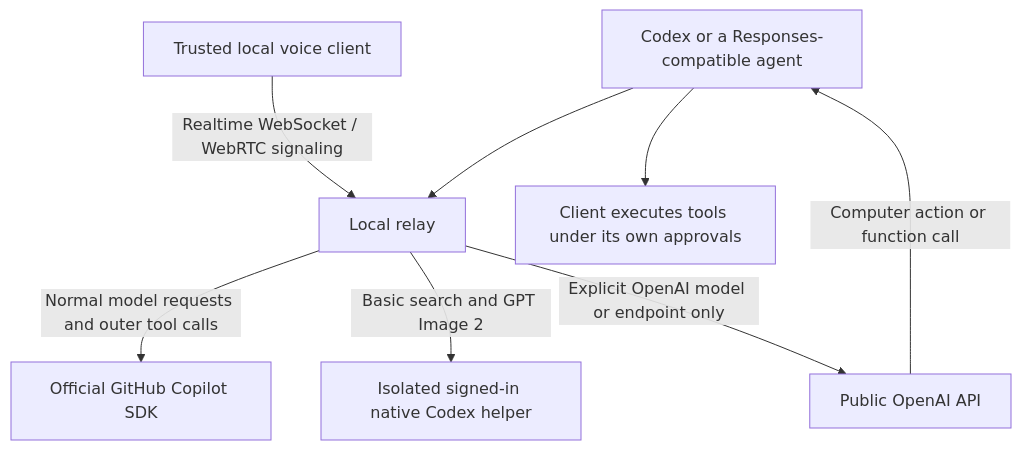
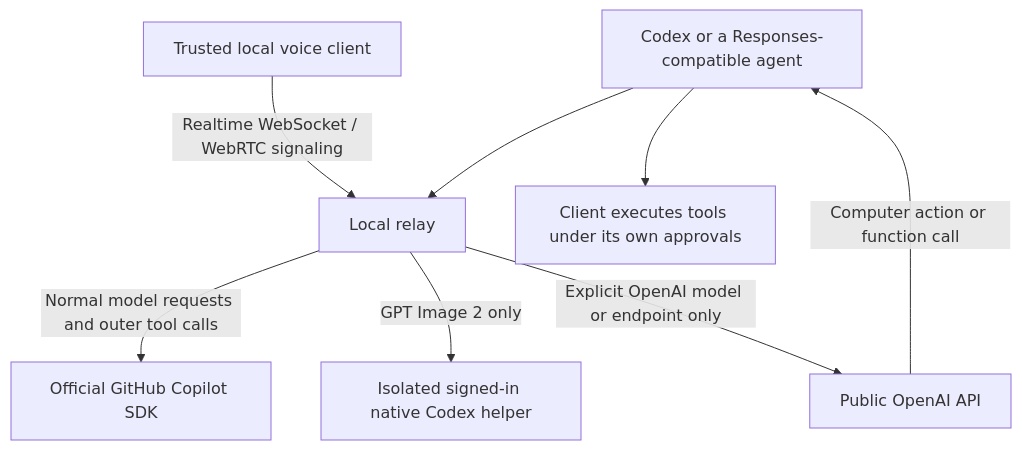
One commit to madhavsomani/codex-copilot-relay changed the diagram in docs/HYBRID-SETUP.md. Above: the diagram before and after it, drawn with Mermaid. The commit also changed other lines of this file and 32 other files, not shown here.

Commit message:
Fix bounded image history and ship images-only guided setup

````diff
--- a/docs/HYBRID-SETUP.md
+++ b/docs/HYBRID-SETUP.md
@@ -15,10 +15,10 @@
 ```mermaid
 flowchart TD
     Client[Codex or a Responses-compatible agent] --> Gateway[Local relay]
     Gateway -->|Normal model requests and outer tool calls| Copilot[Official GitHub Copilot SDK]
-    Gateway -->|Basic search and GPT Image 2| Helper[Isolated signed-in native Codex helper]
+    Gateway -->|GPT Image 2 only| Helper[Isolated signed-in native Codex helper]
     Gateway -->|Explicit OpenAI model or endpoint only| API[Public OpenAI API]
     Voice[Trusted local voice client] -->|Realtime WebSocket / WebRTC signaling| Gateway
     API -->|Computer action or function call| Client
     Client --> Harness[Client executes tools under its own approvals]
 ```
````
